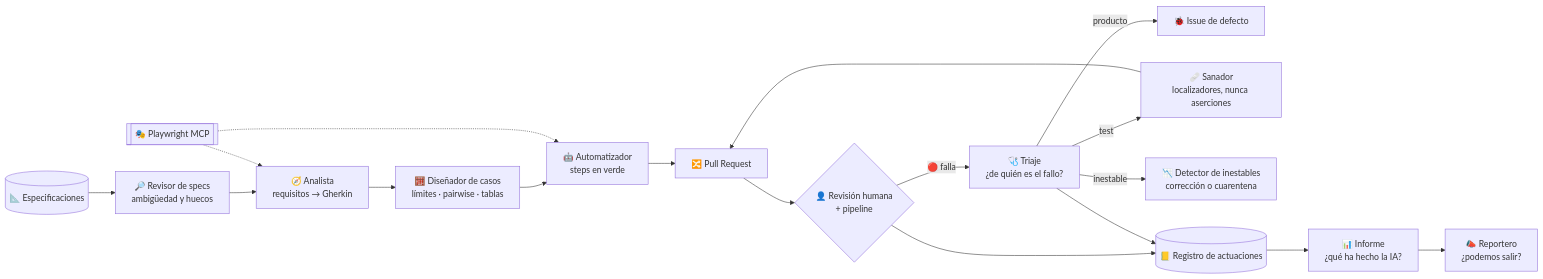
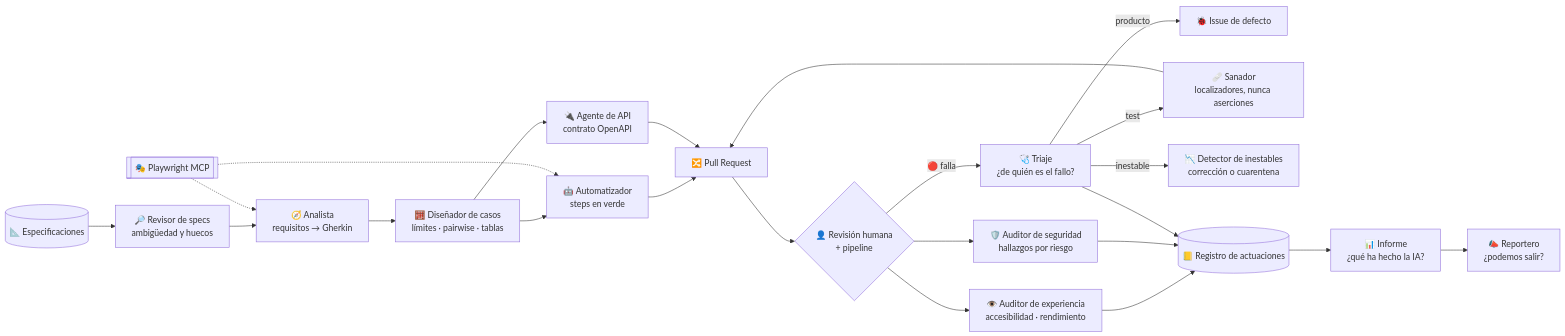
One commit to tonyfht/qa-agentic-lab changed the third of 3 diagrams in README.md. Above: the diagram before and after it, drawn with Mermaid. The commit also changed other lines of this file and 2 other files, not shown here.

````diff
--- a/README.md
+++ b/README.md
@@ -128,20 +140,25 @@
 ```mermaid
 flowchart LR
   S[("📐 Especificaciones")] --> R["🔎 Revisor de specs<br/>ambigüedad y huecos"]
   R --> A["🧭 Analista<br/>requisitos → Gherkin"]
   A --> D["🧮 Diseñador de casos<br/>límites · pairwise · tablas"]
   D --> U["🤖 Automatizador<br/>steps en verde"]
+  D --> API["🔌 Agente de API<br/>contrato OpenAPI"]
   M[["🎭 Playwright MCP"]] -.-> A
   M -.-> U
   U --> PR["🔀 Pull Request"]
+  API --> PR
   PR --> H{"👤 Revisión humana<br/>+ pipeline"}
+  H --> AE["👁️ Auditor de experiencia<br/>accesibilidad · rendimiento"]
+  H --> AS["🛡️ Auditor de seguridad<br/>hallazgos por riesgo"]
   H -->|"🔴 falla"| T["🩺 Triaje<br/>¿de quién es el fallo?"]
   T -->|producto| B["🐞 Issue de defecto"]
   T -->|test| SA["🩹 Sanador<br/>localizadores, nunca aserciones"]
   T -->|inestable| FD["📉 Detector de inestables<br/>corrección o cuarentena"]
   SA --> PR
-  H --> L[("📒 Registro de actuaciones")]
+  AE --> L[("📒 Registro de actuaciones")]
+  AS --> L
   T --> L
   L --> I["📊 Informe<br/>¿qué ha hecho la IA?"]
   I --> RP["📣 Reportero<br/>¿podemos salir?"]
 ```
````
